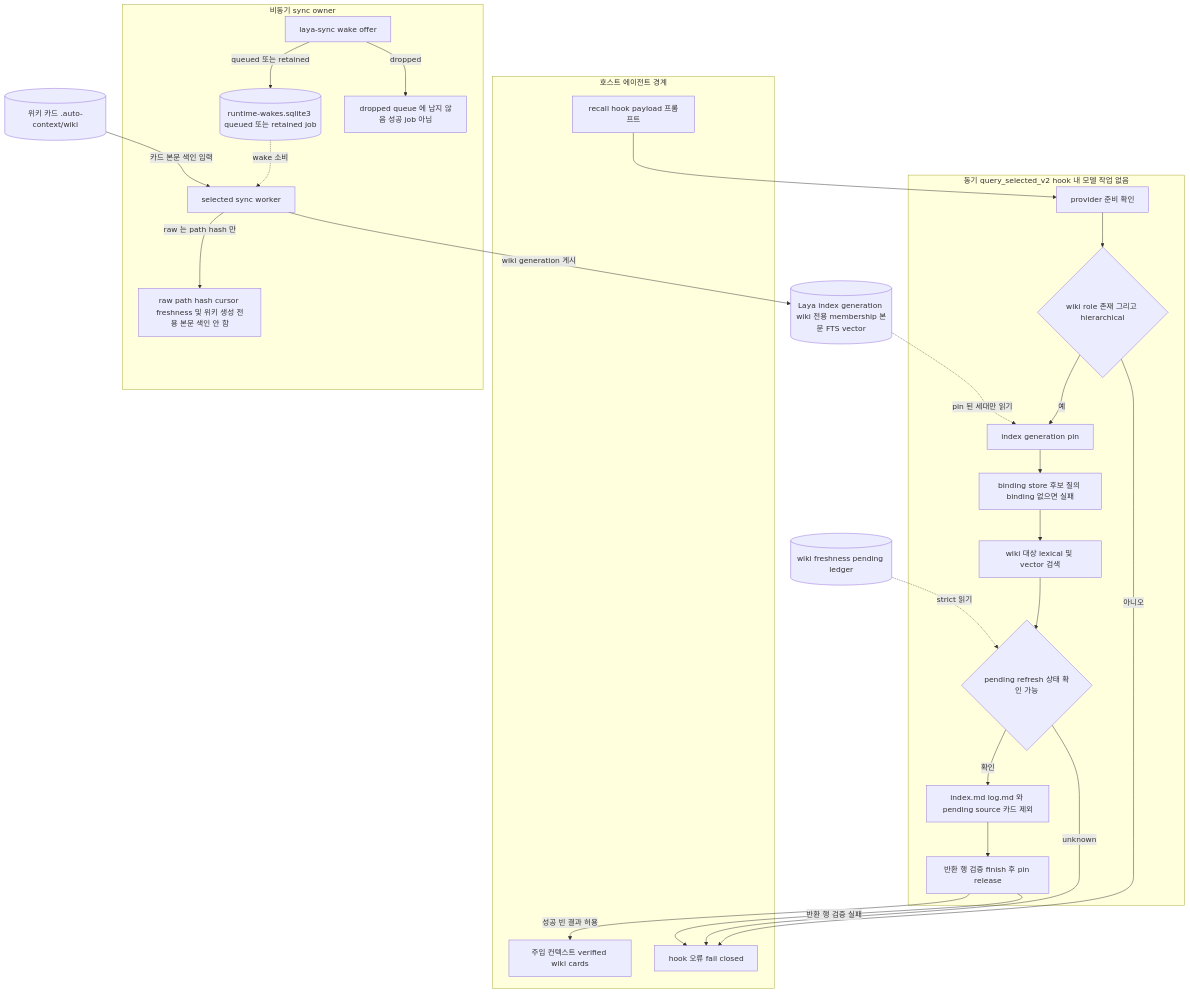
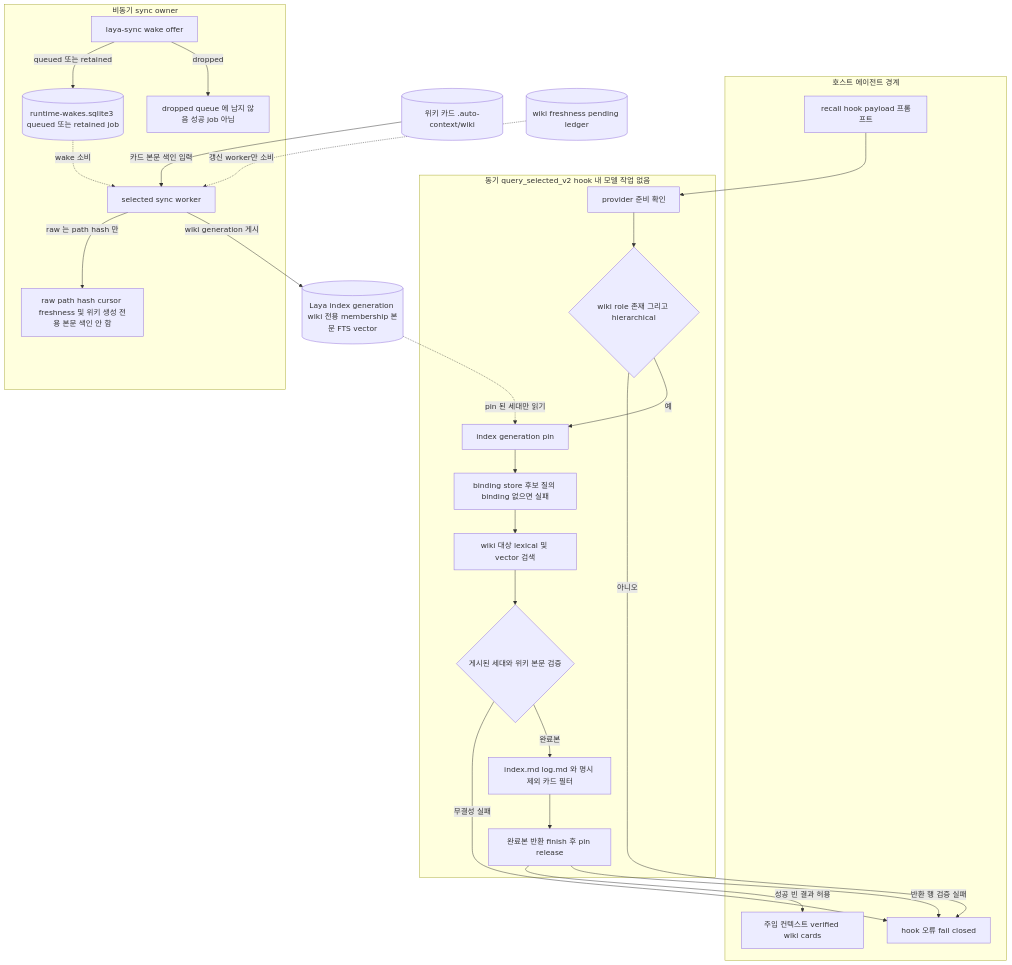
The diagram in docs/architecture/flows/03-wiki-index-search.md (zbdulee/memvane), drawn with Mermaid before and after one commit. The commit also changed other lines of this file and 22 other files, not shown here.

````diff
--- a/docs/architecture/flows/03-wiki-index-search.md
+++ b/docs/architecture/flows/03-wiki-index-search.md
@@ -9,49 +11,49 @@
 ```mermaid
 flowchart TD
   subgraph HOST["호스트 에이전트 경계"]
     UP["recall hook payload 프롬프트"]
     CTX["주입 컨텍스트 verified wiki cards"]
     ERR["hook 오류 fail closed"]
   end
   subgraph Q["동기 query_selected_v2 hook 내 모델 작업 없음"]
     PV["provider 준비 확인"]
     WR{"wiki role 존재 그리고 hierarchical"}
     PN["index generation pin"]
     CB["binding store 후보 질의 binding 없으면 실패"]
     PH["wiki 대상 lexical 및 vector 검색"]
-    PD{"pending refresh 상태 확인 가능"}
-    FT["index.md log.md 와 pending source 카드 제외"]
-    DV["반환 행 검증 finish 후 pin release"]
+    PD{"게시된 세대와 위키 본문 검증"}
+    FT["index.md log.md 와 명시 제외 카드 필터"]
+    DV["완료본 반환 finish 후 pin release"]
   end
   subgraph ASY["비동기 sync owner"]
     WK["laya-sync wake offer"]
     WQ[("runtime-wakes.sqlite3 queued 또는 retained job")]
     DR["dropped queue 에 남지 않음 성공 job 아님"]
     SW["selected sync worker"]
     RS["raw path hash cursor freshness 및 위키 생성 전용 본문 색인 안 함"]
   end
   IX[("Laya index generation wiki 전용 membership 본문 FTS vector")]
   WC[("위키 카드 .auto-context/wiki")]
   PL[("wiki freshness pending ledger")]
 
   UP --> PV
   PV --> WR
   WR -->|"아니오"| ERR
   WR -->|"예"| PN
   PN --> CB
   CB --> PH
   PH --> PD
   IX -.->|"pin 된 세대만 읽기"| PN
-  PL -.->|"strict 읽기"| PD
-  PD -->|"unknown"| ERR
-  PD -->|"확인"| FT
+  PL -.->|"갱신 worker만 소비"| SW
+  PD -->|"무결성 실패"| ERR
+  PD -->|"완료본"| FT
   FT --> DV
   DV -->|"성공 빈 결과 허용"| CTX
   DV -->|"반환 행 검증 실패"| ERR
   WK -->|"queued 또는 retained"| WQ
   WK -->|"dropped"| DR
   WQ -.->|"wake 소비"| SW
   WC -->|"카드 본문 색인 입력"| SW
   SW -->|"raw 는 path hash 만"| RS
   SW -->|"wiki generation 게시"| IX
 ```
````
